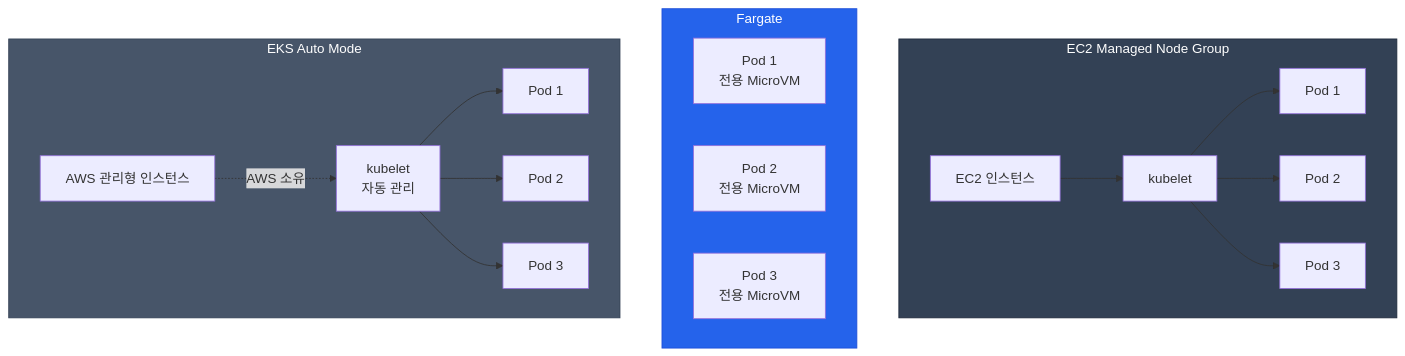
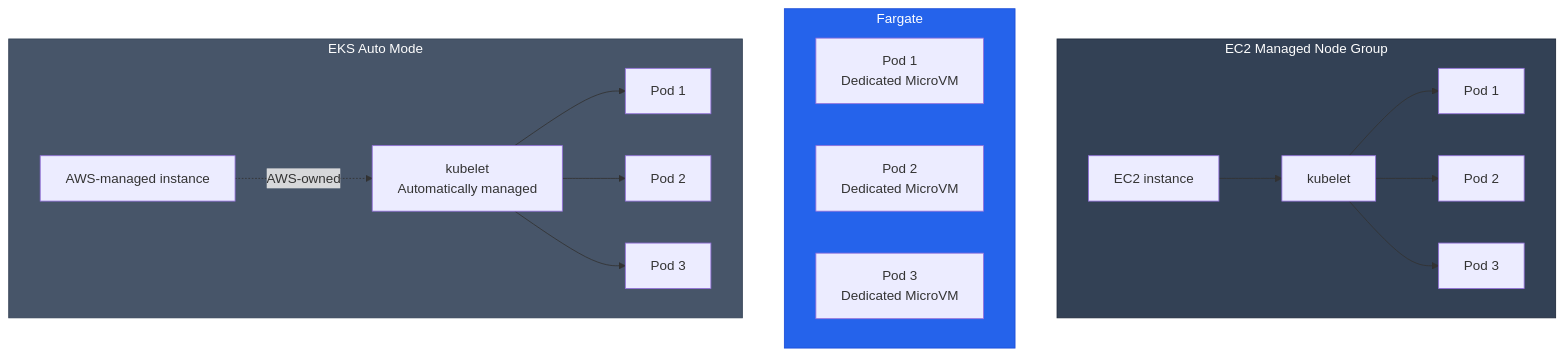
The first of 2 diagrams in docs/eks-best-practices/operations-reliability/pod-lifecycle/shutdown-fargate.md (devfloor9/engineering-playbook), drawn with Mermaid before and after one commit. The commit also changed other lines of this file and 954 other files, not shown here.

````diff
--- a/docs/eks-best-practices/operations-reliability/pod-lifecycle/shutdown-fargate.md
+++ b/docs/eks-best-practices/operations-reliability/pod-lifecycle/shutdown-fargate.md
@@ -27,38 +27,38 @@
 ```mermaid
 flowchart TB
     subgraph EC2["EC2 Managed Node Group"]
-        EC2Node[EC2 인스턴스]
+        EC2Node[EC2 instance]
         EC2Kubelet[kubelet]
         EC2Pod1[Pod 1]
         EC2Pod2[Pod 2]
         EC2Pod3[Pod 3]
 
         EC2Node --> EC2Kubelet
         EC2Kubelet --> EC2Pod1
         EC2Kubelet --> EC2Pod2
         EC2Kubelet --> EC2Pod3
     end
 
     subgraph Fargate["Fargate"]
-        FGPod1[Pod 1<br/>전용 MicroVM]
-        FGPod2[Pod 2<br/>전용 MicroVM]
-        FGPod3[Pod 3<br/>전용 MicroVM]
+        FGPod1[Pod 1<br/>Dedicated MicroVM]
+        FGPod2[Pod 2<br/>Dedicated MicroVM]
+        FGPod3[Pod 3<br/>Dedicated MicroVM]
     end
 
     subgraph AutoMode["EKS Auto Mode"]
-        AutoNode[AWS 관리형 인스턴스]
-        AutoKubelet[kubelet<br/>자동 관리]
+        AutoNode[AWS-managed instance]
+        AutoKubelet[kubelet<br/>Automatically managed]
         AutoPod1[Pod 1]
         AutoPod2[Pod 2]
         AutoPod3[Pod 3]
 
-        AutoNode -.->|AWS 소유| AutoKubelet
+        AutoNode -.->|AWS-owned| AutoKubelet
         AutoKubelet --> AutoPod1
         AutoKubelet --> AutoPod2
         AutoKubelet --> AutoPod3
     end
 
     style EC2 fill:#334155,stroke:#1e293b,color:#fff
     style Fargate fill:#2563eb,stroke:#1d4ed8,color:#fff
     style AutoMode fill:#475569,stroke:#334155,color:#fff
 ```
````
